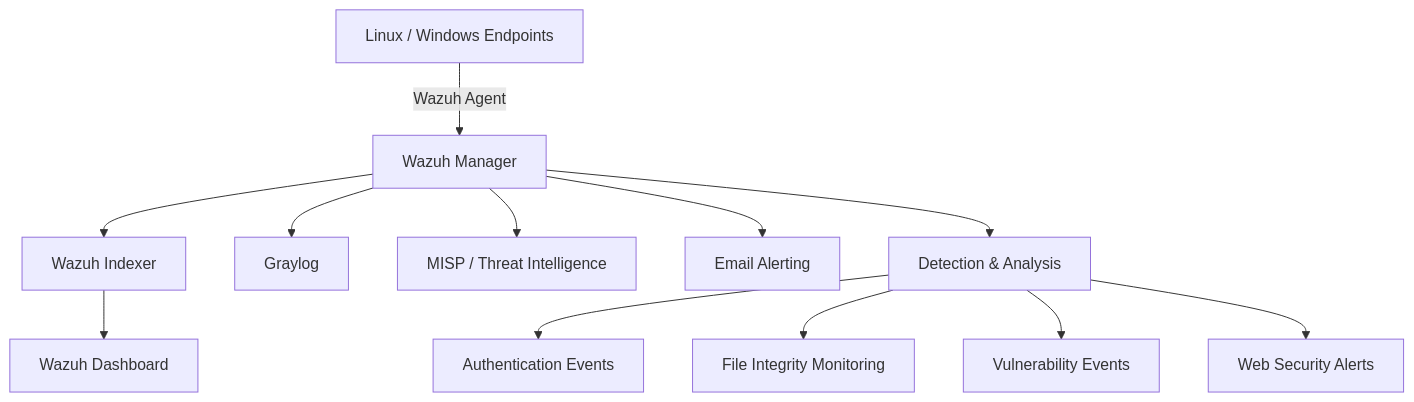
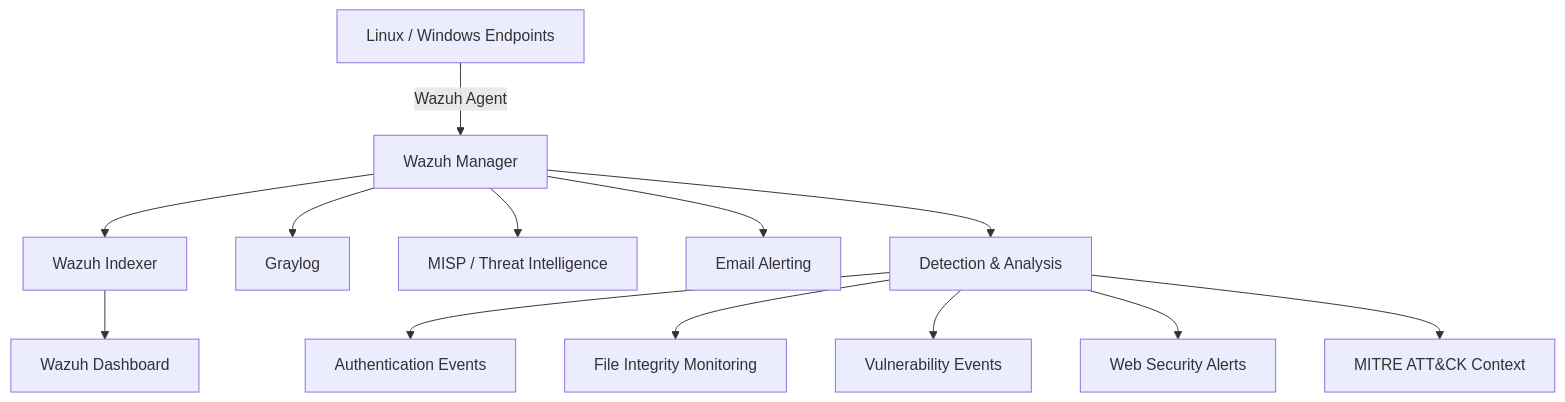
Before and after one commit to syifaniads/wazuh-siem-security-monitoring: the diagram in README.md, drawn with Mermaid. The commit also changed other lines of this file, not shown here.

Commit message:
docs: link MITRE analysis and reviewed evidence

````diff
--- a/README.md
+++ b/README.md
@@ -26,14 +26,15 @@
 ```mermaid
 flowchart TD
     A[Linux / Windows Endpoints] -->|Wazuh Agent| B[Wazuh Manager]
     B --> C[Wazuh Indexer]
     C --> D[Wazuh Dashboard]
     B --> E[Graylog]
     B --> F[MISP / Threat Intelligence]
     B --> G[Email Alerting]
     B --> H[Detection & Analysis]
     H --> H1[Authentication Events]
     H --> H2[File Integrity Monitoring]
     H --> H3[Vulnerability Events]
     H --> H4[Web Security Alerts]
+    H --> H5[MITRE ATT&CK Context]
 ```
````
